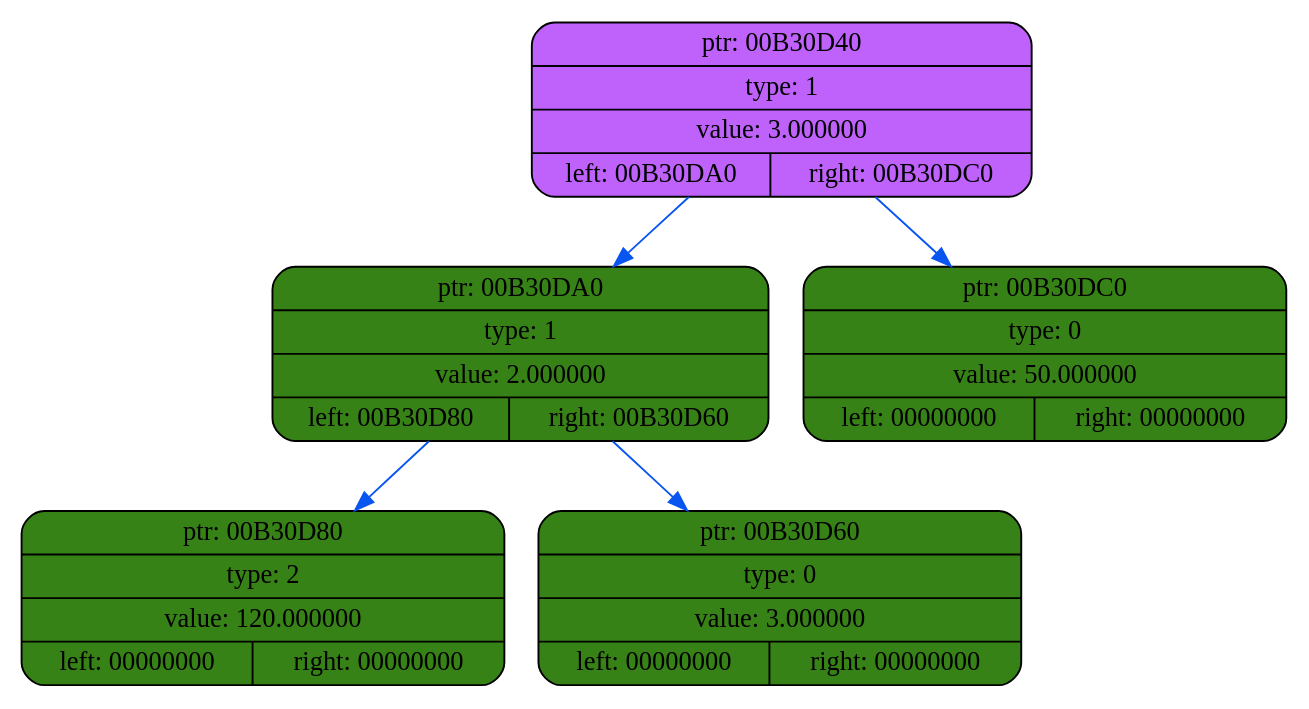
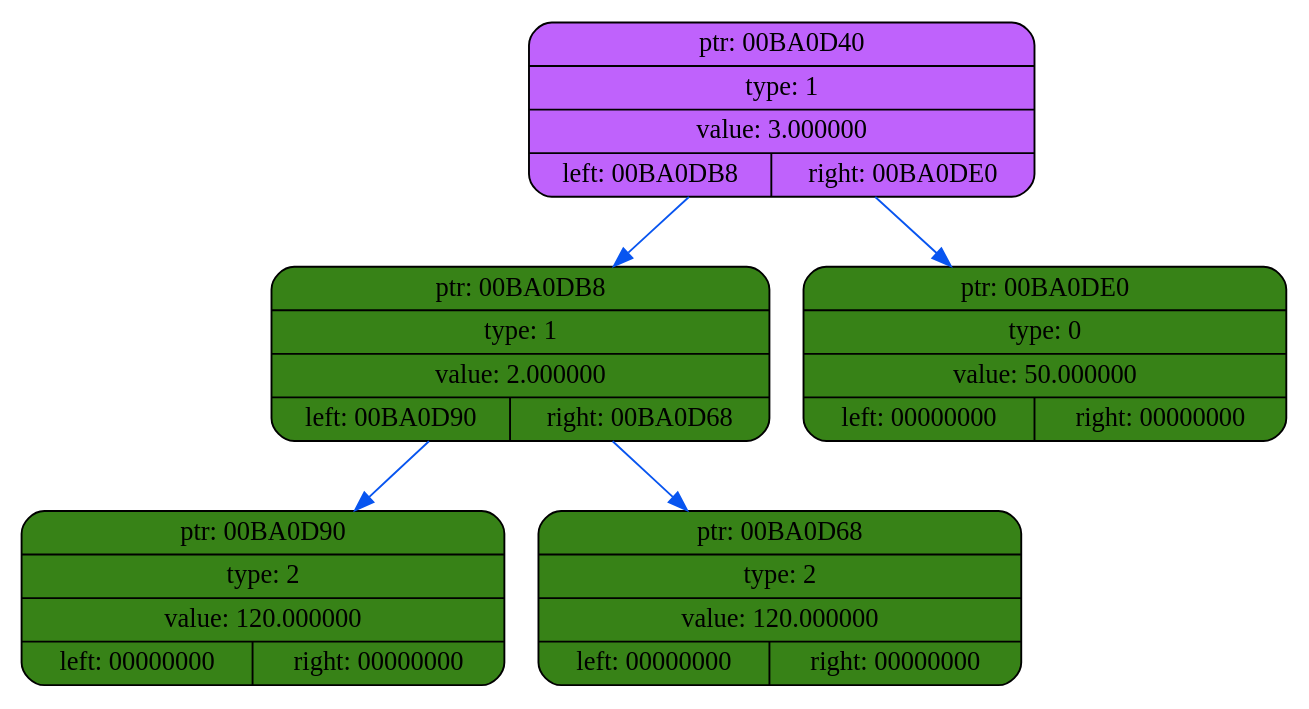
The diagram in dump/dump1.dot (coffee8cat/differentiator), drawn with Graphviz before and after one commit. The commit also changed 15 other files, not shown here.

```diff
--- a/dump/dump1.dot
+++ b/dump/dump1.dot
@@ -1,14 +1,14 @@
 digraph
 {
     rankdir=TP
 
-        node00B30D40[shape=record,style="rounded,filled",fillcolor="#BF62FC",label="{ ptr: 00B30D40 | type: 1 | value: 3.000000| { left: 00B30DA0 | right: 00B30DC0 }}"];
-    node00B30D40 -> node00B30DA0[color="#0855F0"]
-    node00B30DA0[shape=record,style="rounded,filled",fillcolor="#378217",label="{ ptr: 00B30DA0 | type: 1 | value: 2.000000| { left: 00B30D80 | right: 00B30D60 }}"];
-    node00B30DA0 -> node00B30D80[color="#0855F0"]
-    node00B30D80[shape=record,style="rounded,filled",fillcolor="#378217",label="{ ptr: 00B30D80 | type: 2 | value: 120.000000| { left: 00000000 | right: 00000000 }}"];
-    node00B30DA0 -> node00B30D60[color="#0855F0"]
-    node00B30D60[shape=record,style="rounded,filled",fillcolor="#378217",label="{ ptr: 00B30D60 | type: 0 | value: 3.000000| { left: 00000000 | right: 00000000 }}"];
-    node00B30D40 -> node00B30DC0[color="#0855F0"]
-    node00B30DC0[shape=record,style="rounded,filled",fillcolor="#378217",label="{ ptr: 00B30DC0 | type: 0 | value: 50.000000| { left: 00000000 | right: 00000000 }}"];
+        node00BA0D40[shape=record,style="rounded,filled",fillcolor="#BF62FC",label="{ ptr: 00BA0D40 | type: 1 | value: 3.000000| { left: 00BA0DB8 | right: 00BA0DE0 }}"];
+    node00BA0D40 -> node00BA0DB8[color="#0855F0"]
+    node00BA0DB8[shape=record,style="rounded,filled",fillcolor="#378217",label="{ ptr: 00BA0DB8 | type: 1 | value: 2.000000| { left: 00BA0D90 | right: 00BA0D68 }}"];
+    node00BA0DB8 -> node00BA0D90[color="#0855F0"]
+    node00BA0D90[shape=record,style="rounded,filled",fillcolor="#378217",label="{ ptr: 00BA0D90 | type: 2 | value: 120.000000| { left: 00000000 | right: 00000000 }}"];
+    node00BA0DB8 -> node00BA0D68[color="#0855F0"]
+    node00BA0D68[shape=record,style="rounded,filled",fillcolor="#378217",label="{ ptr: 00BA0D68 | type: 2 | value: 120.000000| { left: 00000000 | right: 00000000 }}"];
+    node00BA0D40 -> node00BA0DE0[color="#0855F0"]
+    node00BA0DE0[shape=record,style="rounded,filled",fillcolor="#378217",label="{ ptr: 00BA0DE0 | type: 0 | value: 50.000000| { left: 00000000 | right: 00000000 }}"];
 }
```
